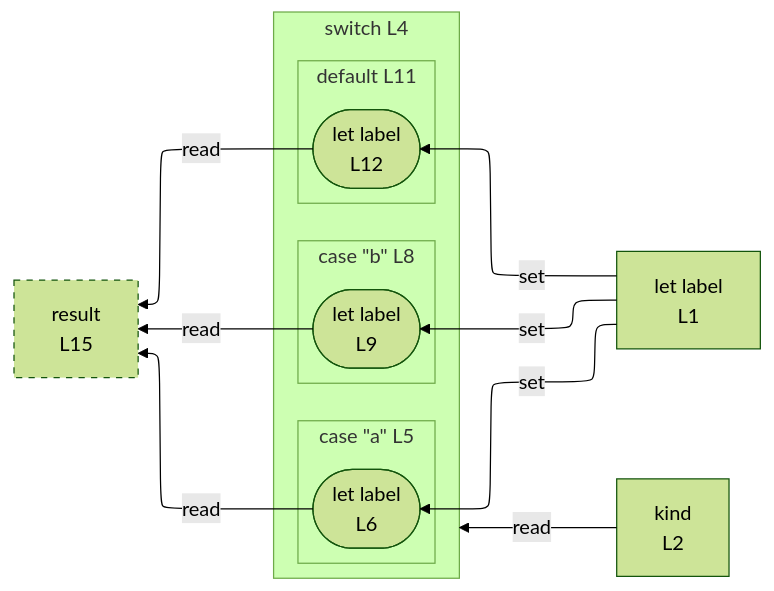
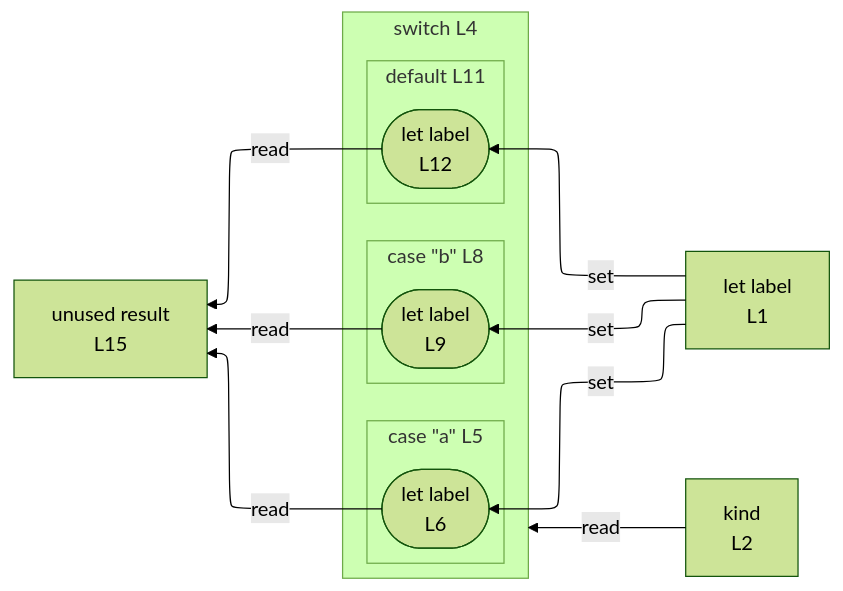
One commit to crescware/unsnarl changed the diagram in integration/fixtures/control-switch-break/preview.md. Above: the diagram before and after it, drawn with Mermaid (forest theme). The commit also changed 75 other files, not shown here.

````diff
--- a/integration/fixtures/control-switch-break/preview.md
+++ b/integration/fixtures/control-switch-break/preview.md
@@ -25,31 +25,29 @@
 ```mermaid
 %%{init: {"flowchart": {"defaultRenderer": "elk"}}}%%
 flowchart RL
   n_scope_0_label_4["let label<br/>L1"]
   n_scope_0_kind_22["kind<br/>L2"]
-  n_scope_0_result_179["result<br/>L15"]
+  n_scope_0_result_179["unused result<br/>L15"]
   subgraph s_scope_1["switch L4"]
     direction RL
     subgraph s_scope_2["case &quot;a&quot; L5"]
       direction RL
       wr_ref_1(["let label<br/>L6"])
     end
     subgraph s_scope_3["case &quot;b&quot; L8"]
       direction RL
       wr_ref_2(["let label<br/>L9"])
     end
     subgraph s_scope_4["default L11"]
       direction RL
       wr_ref_3(["let label<br/>L12"])
     end
   end
   n_scope_0_label_4 -->|set| wr_ref_1
   n_scope_0_label_4 -->|set| wr_ref_2
   n_scope_0_label_4 -->|set| wr_ref_3
   n_scope_0_kind_22 -->|read| s_scope_1
   wr_ref_1 -->|read| n_scope_0_result_179
   wr_ref_2 -->|read| n_scope_0_result_179
   wr_ref_3 -->|read| n_scope_0_result_179
-  classDef unused stroke-dasharray: 5 5;
-  class n_scope_0_result_179 unused;
 ```
````
